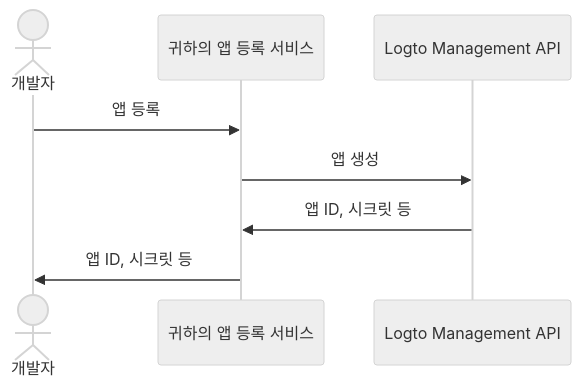
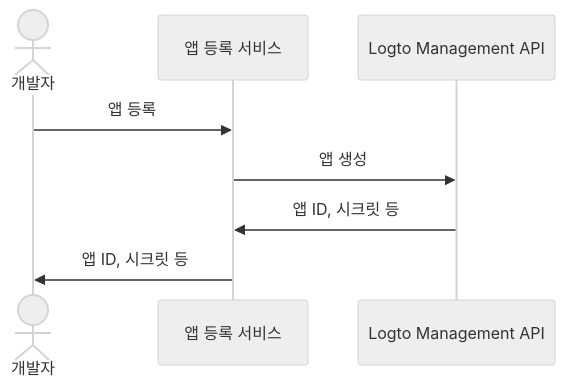
Before and after one commit to logto-io/docs: the diagram in i18n/ko/docusaurus-plugin-content-docs/current/use-cases/ai/fragments/_configure-third-party-ai-agent.mdx, drawn with Mermaid (neutral theme). The commit also changed other lines of this file and 117 other files, not shown here.

````diff
--- a/i18n/ko/docusaurus-plugin-content-docs/current/use-cases/ai/fragments/_configure-third-party-ai-agent.mdx
+++ b/i18n/ko/docusaurus-plugin-content-docs/current/use-cases/ai/fragments/_configure-third-party-ai-agent.mdx
@@ -13,10 +19,10 @@
 ```mermaid
 sequenceDiagram
   actor 개발자
-  participant Server as 귀하의 앱 등록 서비스
+  participant Server as 앱 등록 서비스
   participant Logto as Logto Management API
   개발자->>Server: 앱 등록
   Server->>Logto: 앱 생성
   Logto->>Server: 앱 ID, 시크릿 등
   Server->>개발자: 앱 ID, 시크릿 등
 ```
````
